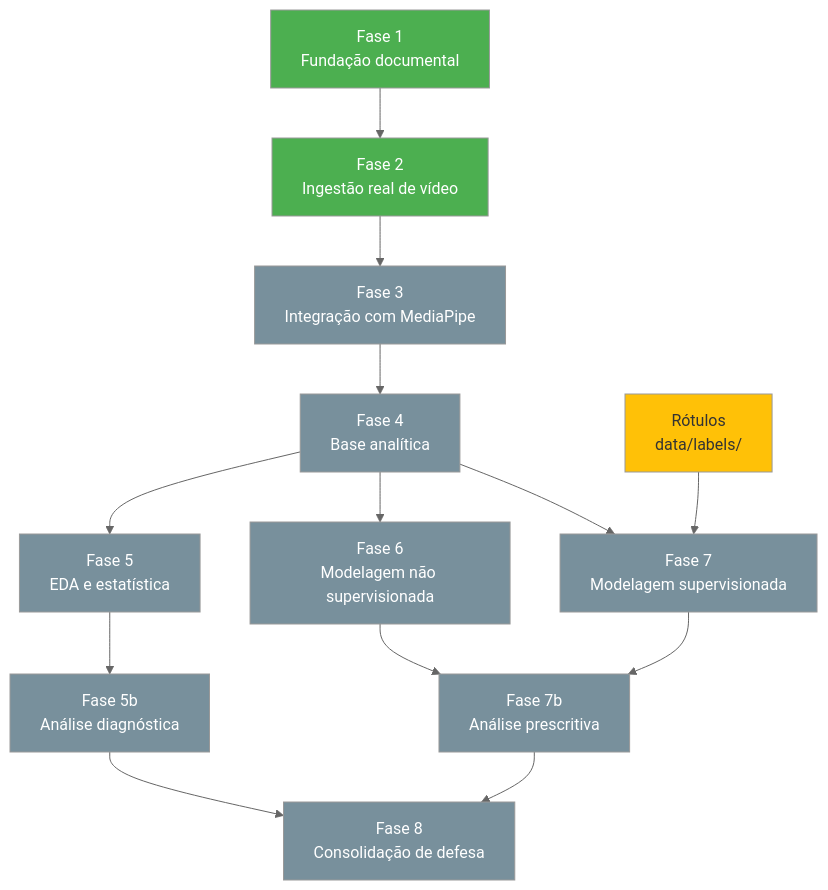
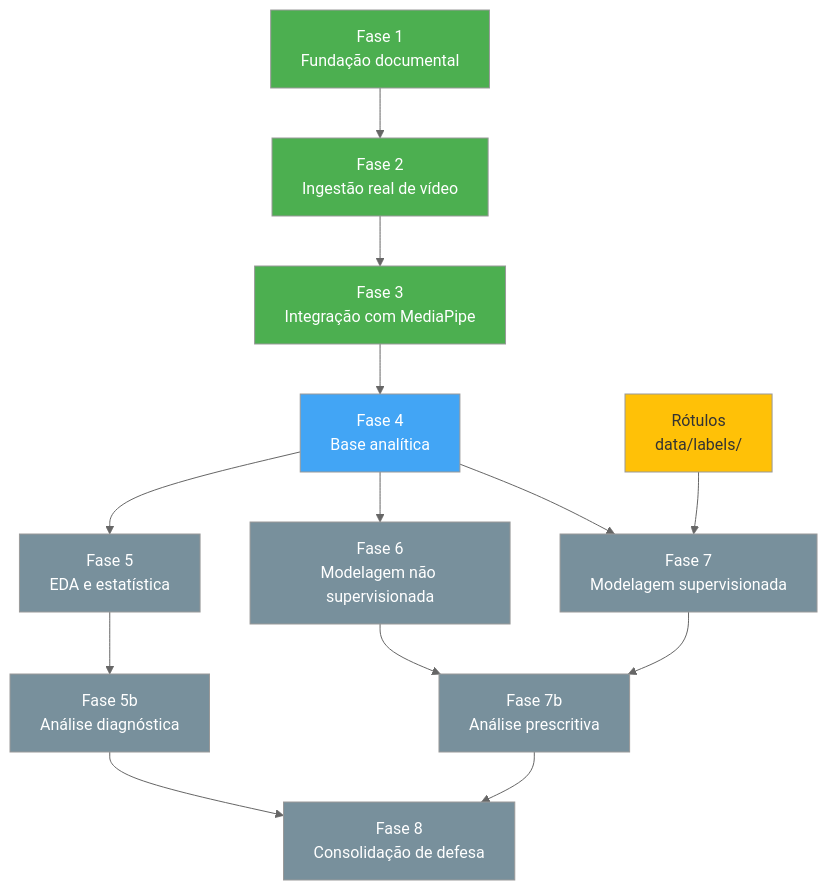
Before and after one commit to especializacao-ia-pucsp/mediapipe-seguranca: the second of 2 diagrams in docs/ROADMAP.md, drawn with Mermaid (neutral theme). The commit also changed other lines of this file and 13 other files, not shown here.

````diff
--- a/docs/ROADMAP.md
+++ b/docs/ROADMAP.md
@@ -95,36 +96,36 @@
 ```mermaid
 flowchart TD
     F1["Fase 1<br/>Fundação documental"]
     F2["Fase 2<br/>Ingestão real de vídeo"]
     F3["Fase 3<br/>Integração com MediaPipe"]
     F4["Fase 4<br/>Base analítica"]
     F5["Fase 5<br/>EDA e estatística"]
     F5B["Fase 5b<br/>Análise diagnóstica"]
     F6["Fase 6<br/>Modelagem não supervisionada"]
     F7["Fase 7<br/>Modelagem supervisionada"]
     F7B["Fase 7b<br/>Análise prescritiva"]
     F8["Fase 8<br/>Consolidação de defesa"]
     ROT["Rótulos<br/>data/labels/"]
 
     F1 --> F2 --> F3 --> F4
     F4 --> F5 --> F5B
     F4 --> F6
     F4 --> F7
     ROT --> F7
     F5B --> F8
     F6 --> F7B
     F7 --> F7B
     F7B --> F8
 
     style F1 fill:#4CAF50,color:#fff
     style F2 fill:#4CAF50,color:#fff
-    style F3 fill:#78909C,color:#fff
-    style F4 fill:#78909C,color:#fff
+    style F3 fill:#4CAF50,color:#fff
+    style F4 fill:#42A5F5,color:#fff
     style F5 fill:#78909C,color:#fff
     style F5B fill:#78909C,color:#fff
     style F6 fill:#78909C,color:#fff
     style F7 fill:#78909C,color:#fff
     style F7B fill:#78909C,color:#fff
     style F8 fill:#78909C,color:#fff
     style ROT fill:#FFC107,color:#333
 ```
````
